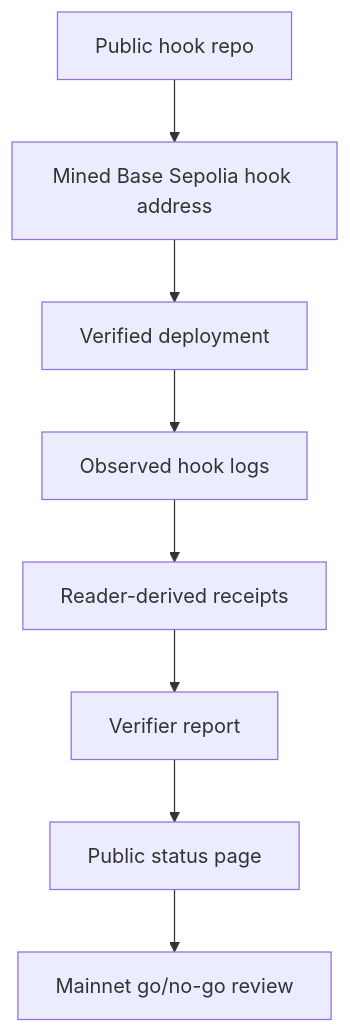
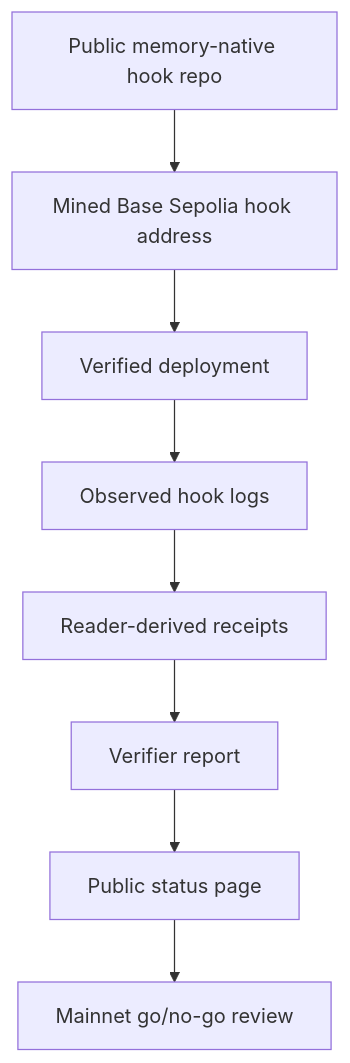
One commit to FlowmemoryAI/flowmemory-uniswap-v4-hooks changed the third of 3 diagrams in docs/INTEGRATION_BLUEPRINT.md. Above: the diagram before and after it, drawn with Mermaid. The commit also changed other lines of this file and 22 other files, not shown here.

Commit message:
Reposition hook repo as memory-native primitive

````diff
--- a/docs/INTEGRATION_BLUEPRINT.md
+++ b/docs/INTEGRATION_BLUEPRINT.md
@@ -66,10 +73,10 @@
 ```mermaid
 flowchart TD
-    A["Public hook repo"] --> B["Mined Base Sepolia hook address"]
+    A["Public memory-native hook repo"] --> B["Mined Base Sepolia hook address"]
     B --> C["Verified deployment"]
     C --> D["Observed hook logs"]
     D --> E["Reader-derived receipts"]
     E --> F["Verifier report"]
     F --> G["Public status page"]
     G --> H["Mainnet go/no-go review"]
 ```
````
